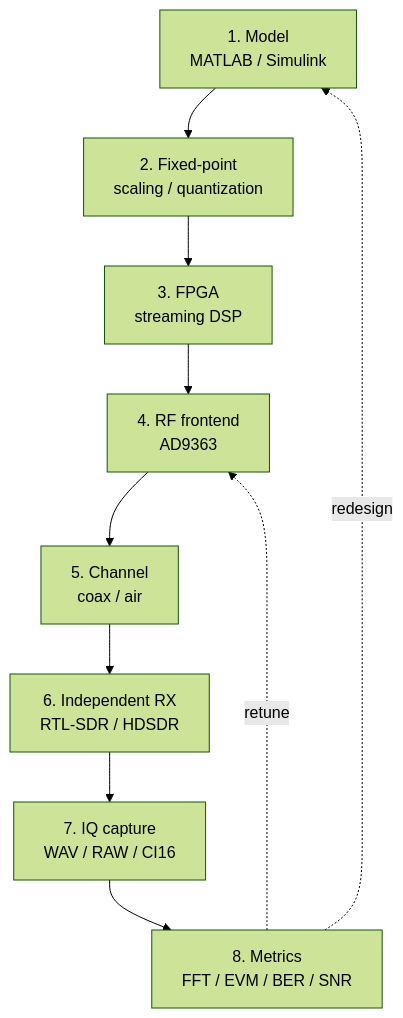
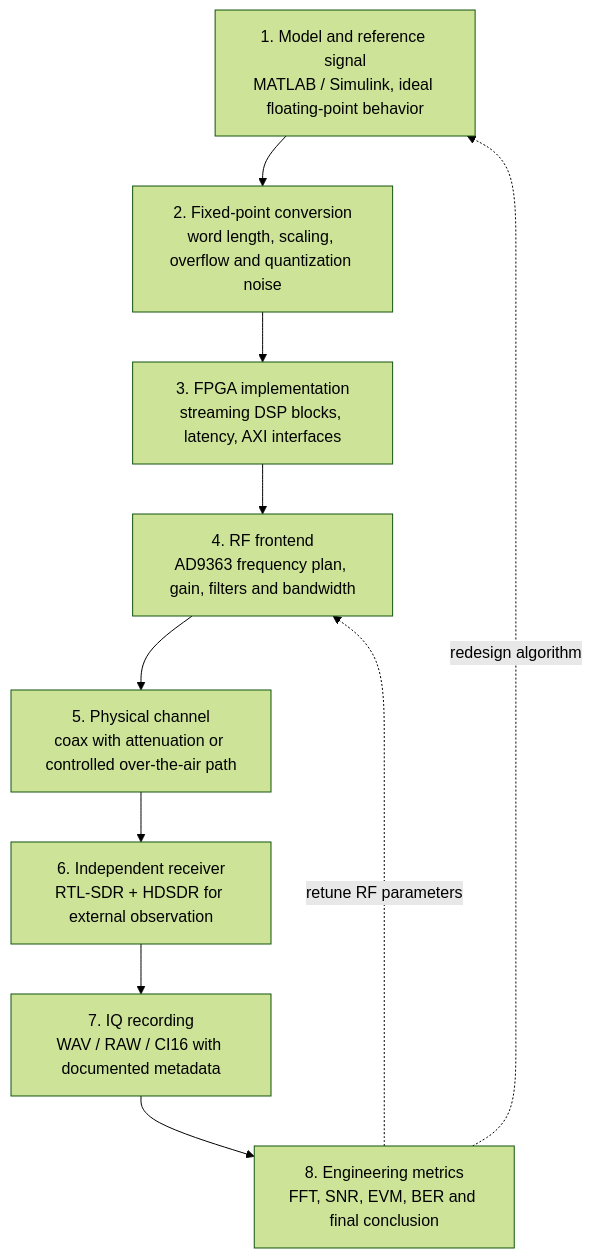
One commit to Lay007/zynq-sdr-course changed the diagram in docs/index.md. Above: the diagram before and after it, drawn with Mermaid (forest theme).

Commit message:
Refine diagram orientation and labels

````diff
--- a/docs/index.md
+++ b/docs/index.md
@@ -31,15 +31,15 @@
 ```mermaid
 flowchart TB
-    MODEL["1. Model<br/>MATLAB / Simulink"]
-    FIXED["2. Fixed-point<br/>scaling / quantization"]
-    FPGA["3. FPGA<br/>streaming DSP"]
-    RF["4. RF frontend<br/>AD9363"]
-    CHANNEL["5. Channel<br/>coax / air"]
-    RX["6. Independent RX<br/>RTL-SDR / HDSDR"]
-    IQ["7. IQ capture<br/>WAV / RAW / CI16"]
-    METRICS["8. Metrics<br/>FFT / EVM / BER / SNR"]
+    MODEL["1. Model and reference signal<br/>MATLAB / Simulink, ideal floating-point behavior"]
+    FIXED["2. Fixed-point conversion<br/>word length, scaling, overflow and quantization noise"]
+    FPGA["3. FPGA implementation<br/>streaming DSP blocks, latency, AXI interfaces"]
+    RF["4. RF frontend<br/>AD9363 frequency plan, gain, filters and bandwidth"]
+    CHANNEL["5. Physical channel<br/>coax with attenuation or controlled over-the-air path"]
+    RX["6. Independent receiver<br/>RTL-SDR + HDSDR for external observation"]
+    IQ["7. IQ recording<br/>WAV / RAW / CI16 with documented metadata"]
+    METRICS["8. Engineering metrics<br/>FFT, SNR, EVM, BER and final conclusion"]
 
     MODEL --> FIXED --> FPGA --> RF --> CHANNEL --> RX --> IQ --> METRICS
-    METRICS -. redesign .-> MODEL
-    METRICS -. retune .-> RF
+    METRICS -. redesign algorithm .-> MODEL
+    METRICS -. retune RF parameters .-> RF
 ```
````
